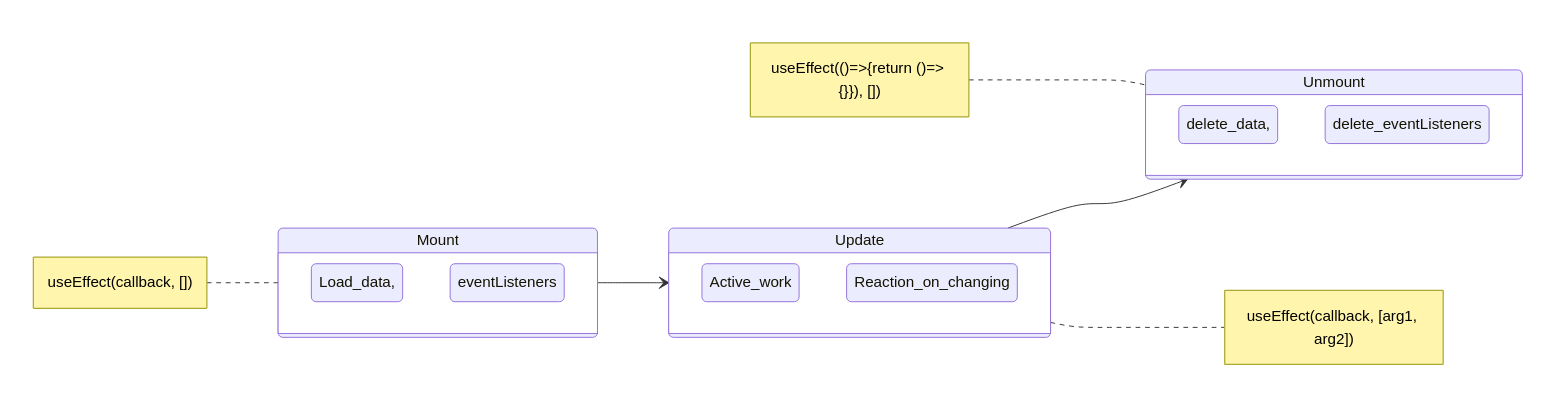
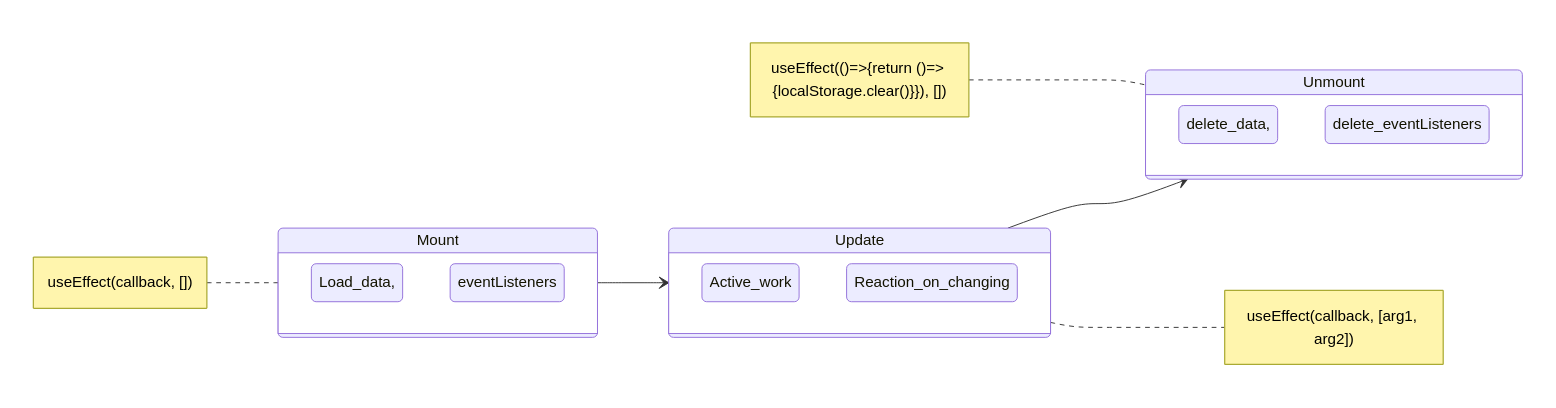
One commit to OlehManko/ReactCourse changed the diagram in lifecycle.md. Above: the diagram before and after it, drawn with Mermaid. The commit also changed 2 other files, not shown here.

Commit message:
Use useEffect

````diff
--- a/lifecycle.md
+++ b/lifecycle.md
@@ -1,21 +1,21 @@
 ```mermaid
 stateDiagram-v2
 direction LR
 Mount --> Update
 Update --> Unmount
     state Mount {
         Load_data, eventListeners
     }
     state Update {
         Active_work
         Reaction_on_changing
     }
     state Unmount {
         delete_data,
         delete_eventListeners
     }
     note left of Mount : useEffect(callback, [])
 
     note right of Update : useEffect(callback, [arg1, arg2])
-    note left of Unmount : useEffect(()=>{return ()=> {}}), [])
+    note left of Unmount : useEffect(()=>{return ()=> {localStorage.clear()}}), [])
 ```
````
